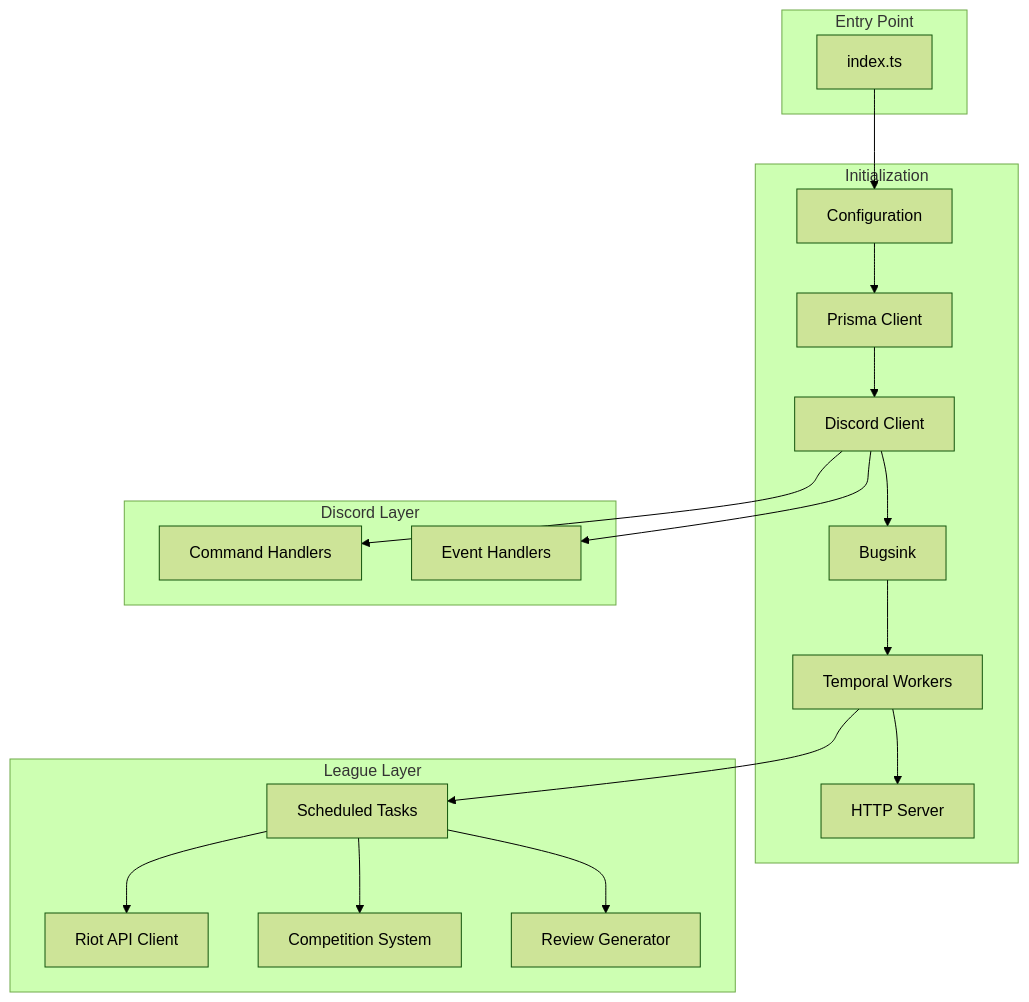
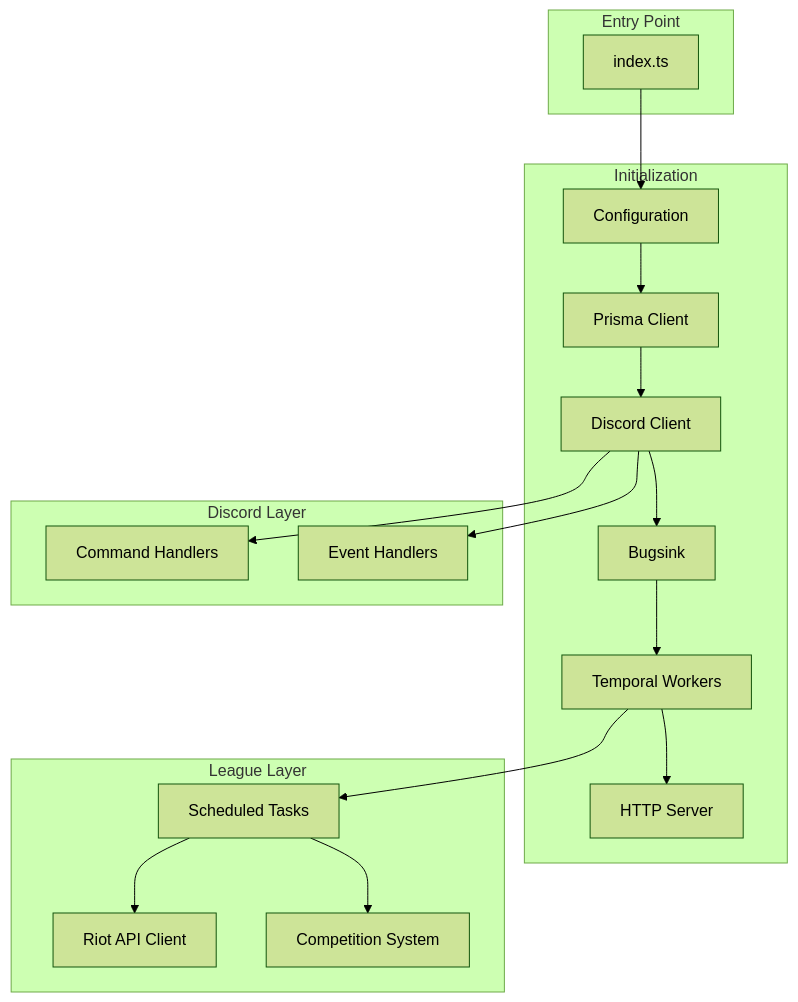
One commit to shepherdjerred/monorepo changed the first of 8 diagrams in packages/scout-for-lol/docs/backend.md. Above: the diagram before and after it, drawn with Mermaid (forest theme). The commit also changed other lines of this file and 234 other files, not shown here.

````diff
--- a/packages/scout-for-lol/docs/backend.md
+++ b/packages/scout-for-lol/docs/backend.md
@@ -7,41 +7,39 @@
 ```mermaid
 flowchart TB
     subgraph Entry["Entry Point"]
         INDEX["index.ts"]
     end
 
     subgraph Init["Initialization"]
         CONFIG["Configuration"]
         PRISMA["Prisma Client"]
         DISCORD["Discord Client"]
         BUGSINK_INIT["Bugsink"]
         TEMPORAL["Temporal Workers"]
         HTTP["HTTP Server"]
     end
 
     subgraph Discord["Discord Layer"]
         COMMANDS["Command Handlers"]
         EVENTS["Event Handlers"]
     end
 
     subgraph League["League Layer"]
         API_CLIENT["Riot API Client"]
         TASKS["Scheduled Tasks"]
         COMPETITION["Competition System"]
-        REVIEW["Review Generator"]
     end
 
     INDEX --> CONFIG
     CONFIG --> PRISMA
     PRISMA --> DISCORD
     DISCORD --> BUGSINK_INIT
     BUGSINK_INIT --> TEMPORAL
     TEMPORAL --> HTTP
 
     DISCORD --> COMMANDS
     DISCORD --> EVENTS
     TEMPORAL --> TASKS
     TASKS --> API_CLIENT
-    TASKS --> REVIEW
     TASKS --> COMPETITION
 ```
````
